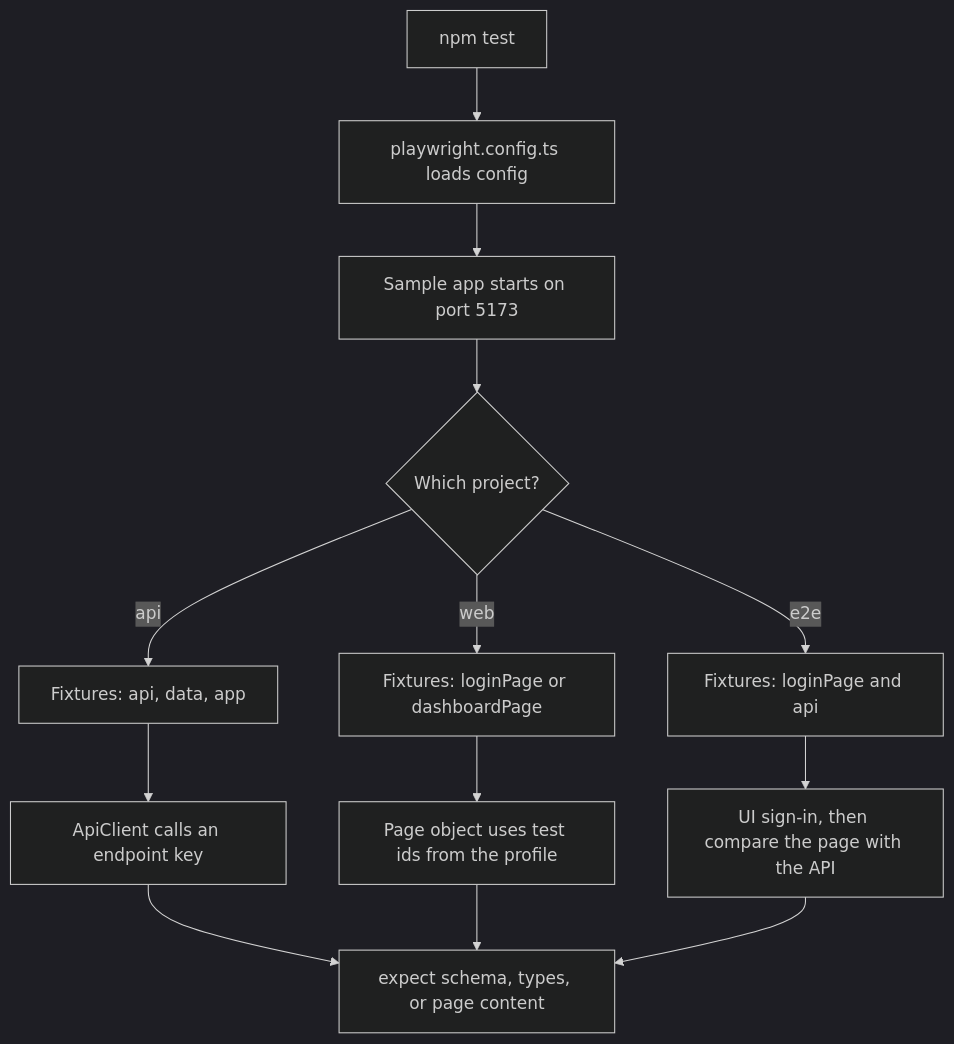
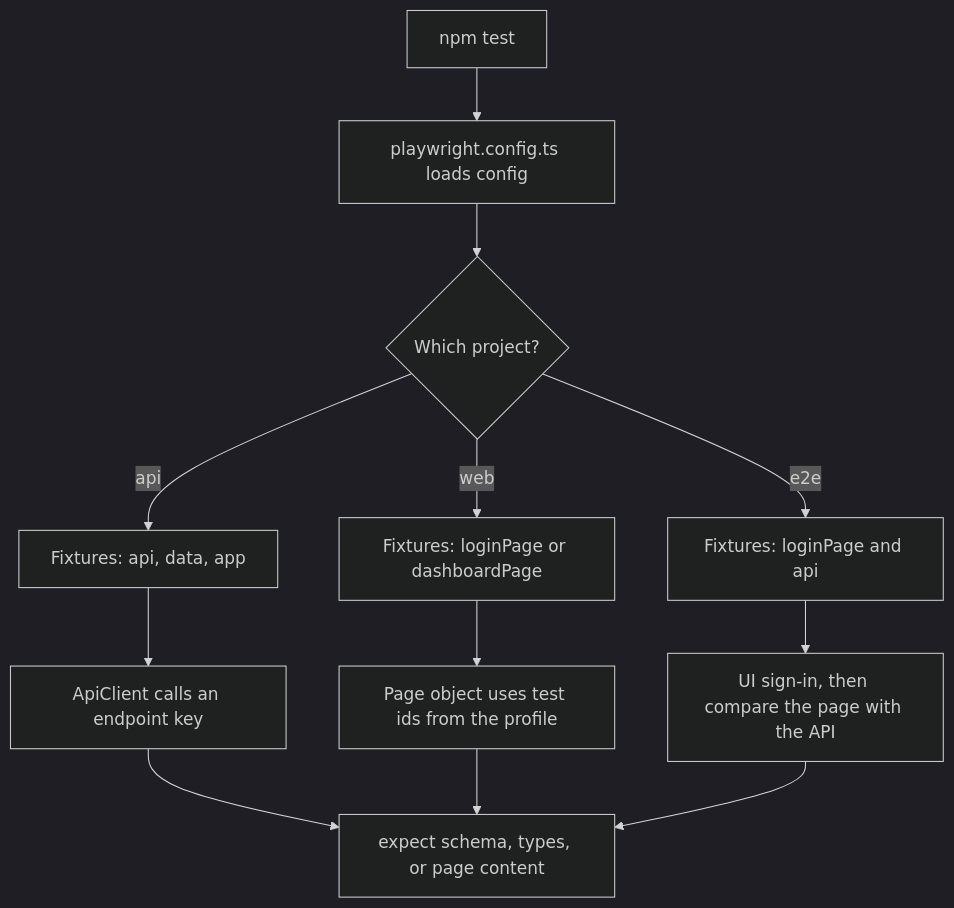
The diagram in FRAMEWORK-FLOW.md (vamsi891-git/Indoore_Automation_Framework), drawn with Mermaid (dark theme) before and after one commit. The commit also changed other lines of this file and 16 other files, not shown here.

````diff
--- a/FRAMEWORK-FLOW.md
+++ b/FRAMEWORK-FLOW.md
@@ -195,15 +187,14 @@
 ```mermaid
 flowchart TD
   start["npm test"] --> config["playwright.config.ts loads config"]
-  config --> server["Sample app starts on port 5173"]
-  server --> project{"Which project?"}
+  config --> project{"Which project?"}
   project -->|api| apiFix["Fixtures: api, data, app"]
   project -->|web| webFix["Fixtures: loginPage or dashboardPage"]
   project -->|e2e| e2eFix["Fixtures: loginPage and api"]
   apiFix --> apiCall["ApiClient calls an endpoint key"]
   webFix --> pageCall["Page object uses test ids from the profile"]
   e2eFix --> both["UI sign-in, then compare the page with the API"]
   apiCall --> check["expect schema, types, or page content"]
   pageCall --> check
   both --> check
 ```
````
